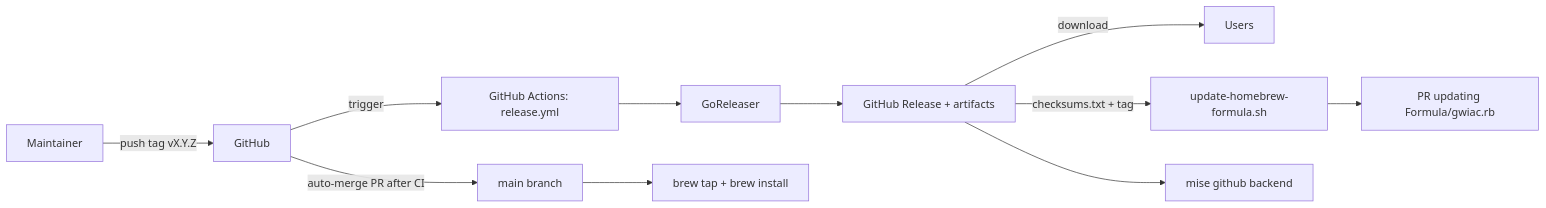
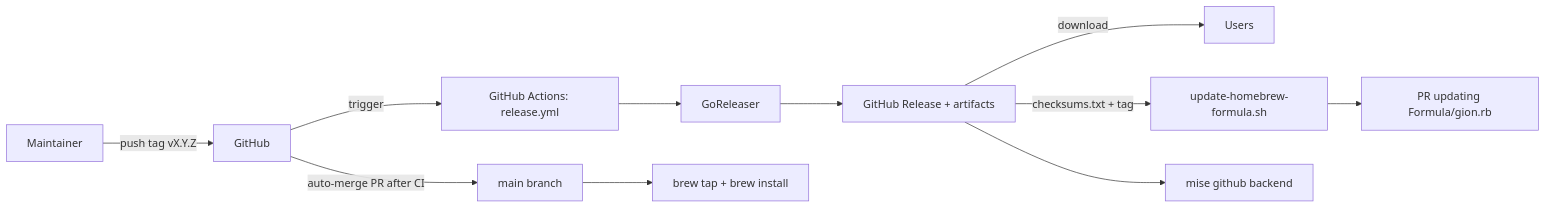
Before and after one commit to tasuku43/gwst: the first of 2 diagrams in docs/ops/RELEASE_PIPELINE.md, drawn with Mermaid. The commit also changed other lines of this file and 73 other files, not shown here.

````diff
--- a/docs/ops/RELEASE_PIPELINE.md
+++ b/docs/ops/RELEASE_PIPELINE.md
@@ -26,14 +26,14 @@
 ```mermaid
 flowchart LR
   Dev[Maintainer] -->|push tag vX.Y.Z| GH[GitHub]
   GH -->|trigger| GA[GitHub Actions: release.yml]
   GA --> GR[GoReleaser]
   GR --> RLS[GitHub Release + artifacts]
   RLS -->|download| Users[Users]
 
   RLS -->|checksums.txt + tag| Updater[update-homebrew-formula.sh]
-  Updater --> PR[PR updating Formula/gwiac.rb]
+  Updater --> PR[PR updating Formula/gion.rb]
   GH -->|auto-merge PR after CI| Main[main branch]
   Main --> Brew[brew tap + brew install]
   RLS --> Mise[mise github backend]
 ```
````
